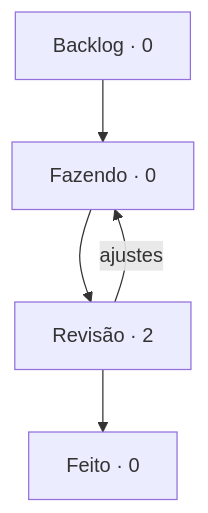
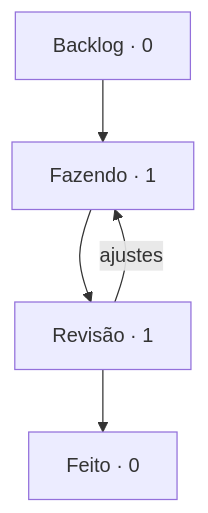
One commit to StudioVibi/VibiKanban changed the diagram in boards/harness/BOARD.md. Above: the diagram before and after it, drawn with Mermaid. The commit also changed other lines of this file and 1 other file, not shown here.

Commit message:
board: HN-1 Revisão → Fazendo (@isabellaherman)

````diff
--- a/boards/harness/BOARD.md
+++ b/boards/harness/BOARD.md
@@ -5,10 +5,10 @@
 ```mermaid
 flowchart TD
-  backlog["Backlog · 0"] --> doing["Fazendo · 0"]
-  doing --> review["Revisão · 2"]
+  backlog["Backlog · 0"] --> doing["Fazendo · 1"]
+  doing --> review["Revisão · 1"]
   review --> done["Feito · 0"]
   review -->|ajustes| doing
   doing:::blue
   review:::yellow
   done:::green
 ```
````
